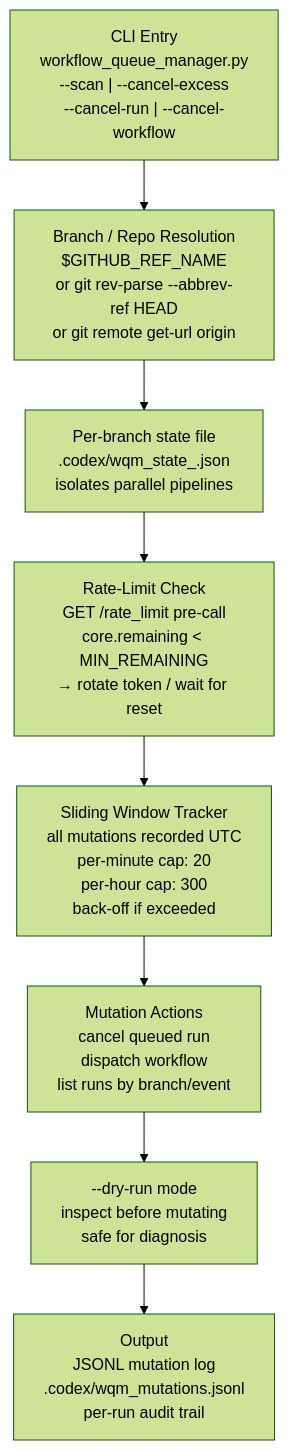
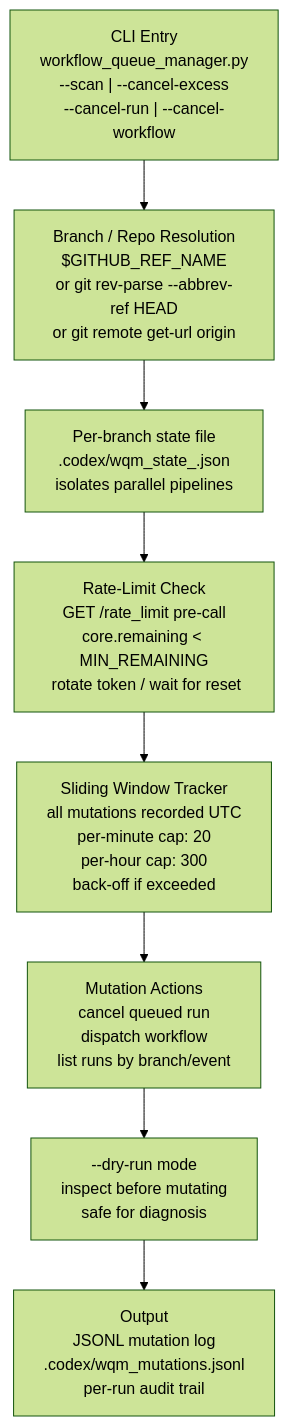
Before and after one commit to Aries-Serpent/_codex_: diagram 11 of 26 in docs/sessions/PR4317_session_diagram.md, drawn with Mermaid (forest theme). The commit also changed other lines of this file and 4117 other files, not shown here.

````diff
--- a/docs/sessions/PR4317_session_diagram.md
+++ b/docs/sessions/PR4317_session_diagram.md
@@ -436,19 +489,20 @@
 ```mermaid
 %%{init: {'accessibility': {'title': 'Flowchart showing "CLI Entry\nworkflow_queue_manager.py\n--scan | --cancel-excess\n--cancel-run | --cancel-workflow", "Branch / Repo Resolution\n$GITHUB_REF_NAME\nor git rev-parse --abbrev-ref HEAD\nor git remote get-url origin"'}}%%
+
 flowchart TD
-    ENTRY["CLI Entry\nworkflow_queue_manager.py\n--scan | --cancel-excess\n--cancel-run | --cancel-workflow"]
+ ENTRY["CLI Entry\nworkflow_queue_manager.py\n--scan | --cancel-excess\n--cancel-run | --cancel-workflow"]
 
-    ENTRY --> RESOLVE["Branch / Repo Resolution\n$GITHUB_REF_NAME\nor git rev-parse --abbrev-ref HEAD\nor git remote get-url origin"]
+ ENTRY --> RESOLVE["Branch / Repo Resolution\n$GITHUB_REF_NAME\nor git rev-parse --abbrev-ref HEAD\nor git remote get-url origin"]
 
-    RESOLVE --> STATE["Per-branch state file\n.codex/wqm_state_<branch>.json\nisolates parallel pipelines"]
+ RESOLVE --> STATE["Per-branch state file\n.codex/wqm_state_<branch>.json\nisolates parallel pipelines"]
 
-    STATE --> RATE["Rate-Limit Check\nGET /rate_limit pre-call\ncore.remaining < MIN_REMAINING\n→ rotate token / wait for reset"]
+ STATE --> RATE["Rate-Limit Check\nGET /rate_limit pre-call\ncore.remaining < MIN_REMAINING\n rotate token / wait for reset"]
 
-    RATE --> WINDOW["Sliding Window Tracker\nall mutations recorded UTC\nper-minute cap: 20\nper-hour cap: 300\nback-off if exceeded"]
+ RATE --> WINDOW["Sliding Window Tracker\nall mutations recorded UTC\nper-minute cap: 20\nper-hour cap: 300\nback-off if exceeded"]
 
-    WINDOW --> ACTION["Mutation Actions\ncancel queued run\ndispatch workflow\nlist runs by branch/event"]
+ WINDOW --> ACTION["Mutation Actions\ncancel queued run\ndispatch workflow\nlist runs by branch/event"]
 
-    ACTION --> DRY["--dry-run mode\ninspect before mutating\nsafe for diagnosis"]
+ ACTION --> DRY["--dry-run mode\ninspect before mutating\nsafe for diagnosis"]
 
-    DRY --> LOG["Output\nJSONL mutation log\n.codex/wqm_mutations.jsonl\nper-run audit trail"]
+ DRY --> LOG["Output\nJSONL mutation log\n.codex/wqm_mutations.jsonl\nper-run audit trail"]
 ```
````
